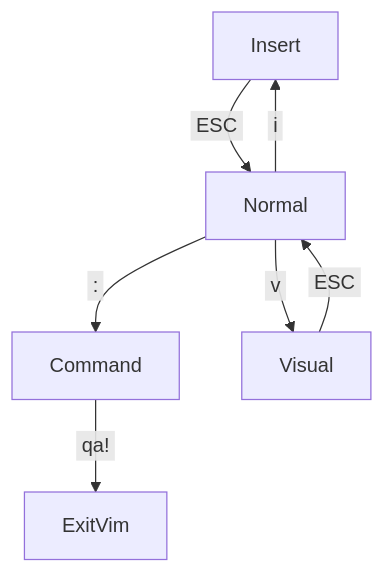
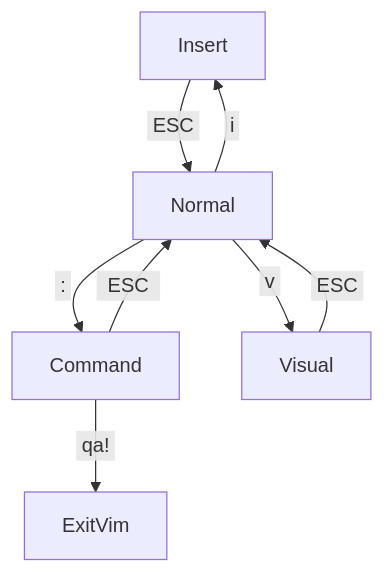
The first of 2 diagrams in README.md (caspersg/learn_vim), drawn with Mermaid before and after one commit. The commit also changed other lines of this file, not shown here.

Commit message:
add some more sections, and rework the flow

````diff
--- a/README.md
+++ b/README.md
@@ -52,9 +172,10 @@
 ```mermaid
 flowchart TD
     Insert -- "&nbsp;ESC&nbsp;" --> Normal
     Normal -- "&nbsp;i&nbsp;" --> Insert
     Normal -- "&nbsp;:&nbsp;" --> Command
     Normal -- "&nbsp;v&nbsp;" --> Visual
     Visual -- "&nbsp;ESC&nbsp;" --> Normal
     Command -- "&nbsp;qa!&nbsp;" --> ExitVim
+    Command -- "&nbsp; ESC &nbsp;" --> Normal
 ```
````
